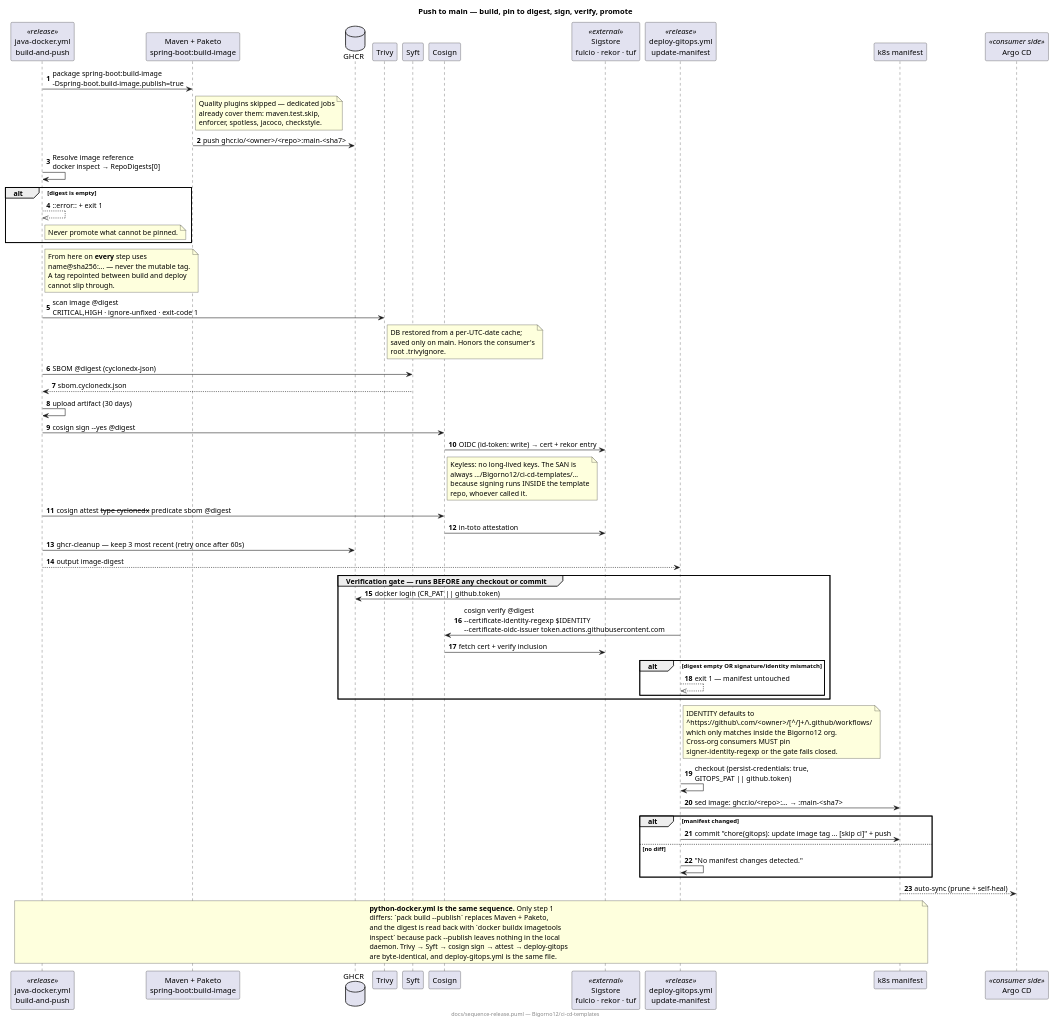
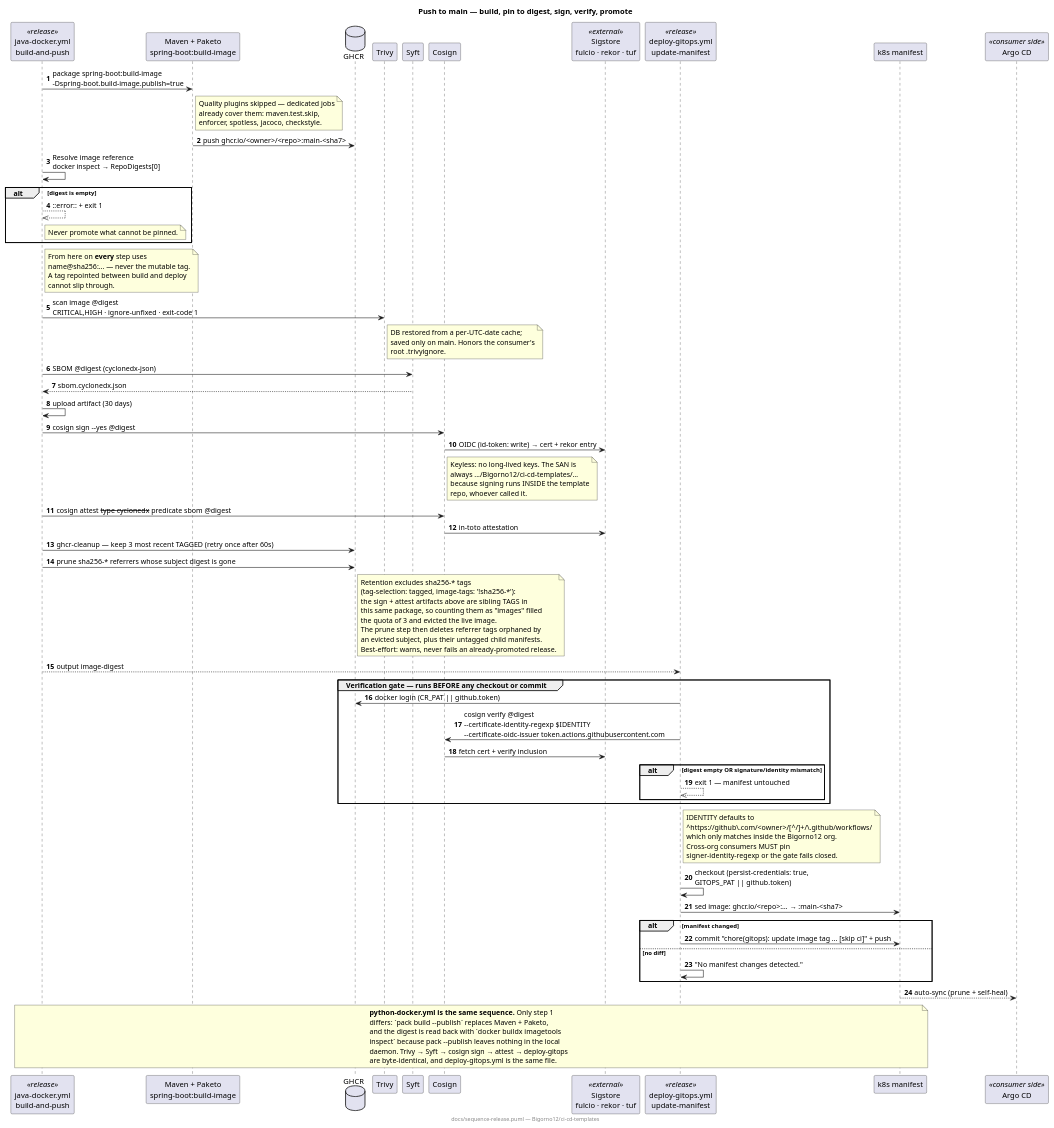
The diagram in docs/sequence-release.puml (Bigorno12/ci-cd-templates), drawn with PlantUML before and after one commit. The commit also changed 8 other files, not shown here.

```diff
--- a/docs/sequence-release.puml
+++ b/docs/sequence-release.puml
@@ -1,100 +1,111 @@
 @startuml sequence-release
 ' Hand-maintained. Source of truth = .github/workflows/java-docker.yml + deploy-gitops.yml
 ' python-docker.yml runs the identical sequence — only the build step differs (pack build).
 title Push to main — build, pin to digest, sign, verify, promote
 
 autonumber
 skinparam responseMessageBelowArrow true
 
 participant "java-docker.yml\nbuild-and-push" as D <<release>>
 participant "Maven + Paketo\nspring-boot:build-image" as MVN
 database "GHCR" as GHCR
 participant "Trivy" as TRIVY
 participant "Syft" as SYFT
 participant "Cosign" as COSIGN
 participant "Sigstore\nfulcio · rekor · tuf" as SIGSTORE <<external>>
 participant "deploy-gitops.yml\nupdate-manifest" as G <<release>>
 participant "k8s manifest" as MANIFEST
 participant "Argo CD" as ARGO <<consumer side>>
 
 D -> MVN : package spring-boot:build-image\n-Dspring-boot.build-image.publish=true
 note right of MVN
   Quality plugins skipped — dedicated jobs
   already cover them: maven.test.skip,
   enforcer, spotless, jacoco, checkstyle.
 end note
 MVN -> GHCR : push ghcr.io/<owner>/<repo>:main-<sha7>
 
 D -> D : Resolve image reference\ndocker inspect → RepoDigests[0]
 alt digest is empty
   D -->> D : ::error:: + exit 1
   note right of D : Never promote what cannot be pinned.
 end
 note right of D
   From here on **every** step uses
   name@sha256:… — never the mutable tag.
   A tag repointed between build and deploy
   cannot slip through.
 end note
 
 D -> TRIVY : scan image @digest\nCRITICAL,HIGH · ignore-unfixed · exit-code 1
 note right of TRIVY
   DB restored from a per-UTC-date cache;
   saved only on main. Honors the consumer's
   root .trivyignore.
 end note
 
 D -> SYFT : SBOM @digest (cyclonedx-json)
 SYFT --> D : sbom.cyclonedx.json
 D -> D : upload artifact (30 days)
 
 D -> COSIGN : cosign sign --yes @digest
 COSIGN -> SIGSTORE : OIDC (id-token: write) → cert + rekor entry
 note right of COSIGN
   Keyless: no long-lived keys. The SAN is
   always .../Bigorno12/ci-cd-templates/…
   because signing runs INSIDE the template
   repo, whoever called it.
 end note
 D -> COSIGN : cosign attest --type cyclonedx --predicate sbom @digest
 COSIGN -> SIGSTORE : in-toto attestation
-D -> GHCR : ghcr-cleanup — keep 3 most recent (retry once after 60s)
+D -> GHCR : ghcr-cleanup — keep 3 most recent TAGGED (retry once after 60s)
+D -> GHCR : prune sha256-* referrers whose subject digest is gone
+note right of GHCR
+  Retention excludes sha256-* tags
+  (tag-selection: tagged, image-tags: '!sha256-*'):
+  the sign + attest artifacts above are sibling TAGS in
+  this same package, so counting them as "images" filled
+  the quota of 3 and evicted the live image.
+  The prune step then deletes referrer tags orphaned by
+  an evicted subject, plus their untagged child manifests.
+  Best-effort: warns, never fails an already-promoted release.
+end note
 
 D --> G : output image-digest
 
 group Verification gate — runs BEFORE any checkout or commit
   G -> GHCR : docker login (CR_PAT || github.token)
   G -> COSIGN : cosign verify @digest\n--certificate-identity-regexp $IDENTITY\n--certificate-oidc-issuer token.actions.githubusercontent.com
   COSIGN -> SIGSTORE : fetch cert + verify inclusion
   alt digest empty OR signature/identity mismatch
     G -->> G : exit 1 — manifest untouched
   end
 end
 note right of G
   IDENTITY defaults to
   ^https://github\.com/<owner>/[^/]+/\.github/workflows/
   which only matches inside the Bigorno12 org.
   Cross-org consumers MUST pin
   signer-identity-regexp or the gate fails closed.
 end note
 
 G -> G : checkout (persist-credentials: true,\nGITOPS_PAT || github.token)
 G -> MANIFEST : sed image: ghcr.io/<repo>:… → :main-<sha7>
 alt manifest changed
   G -> MANIFEST : commit "chore(gitops): update image tag … [skip ci]" + push
 else no diff
   G -> G : "No manifest changes detected."
 end
 MANIFEST --> ARGO : auto-sync (prune + self-heal)
 
 note over D, MANIFEST
   **python-docker.yml is the same sequence.** Only step 1
   differs: `pack build --publish` replaces Maven + Paketo,
   and the digest is read back with `docker buildx imagetools
   inspect` because pack --publish leaves nothing in the local
   daemon. Trivy → Syft → cosign sign → attest → deploy-gitops
   are byte-identical, and deploy-gitops.yml is the same file.
 end note
 
 footer docs/sequence-release.puml — Bigorno12/ci-cd-templates
 @enduml
```
